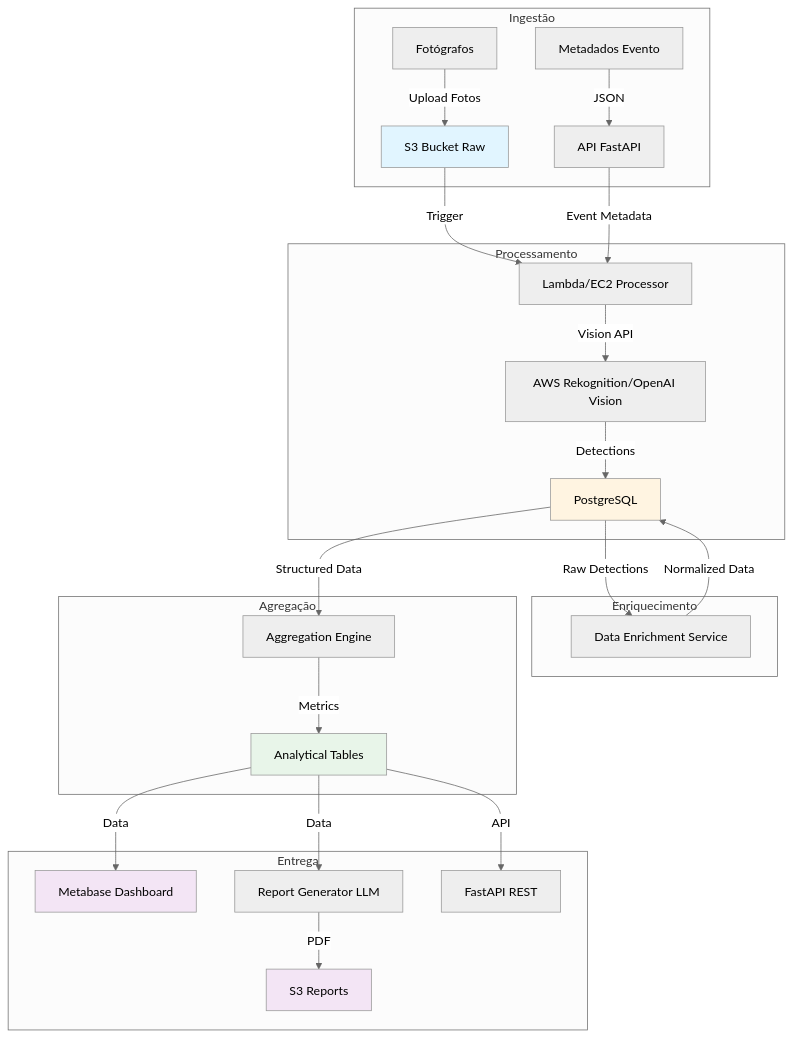
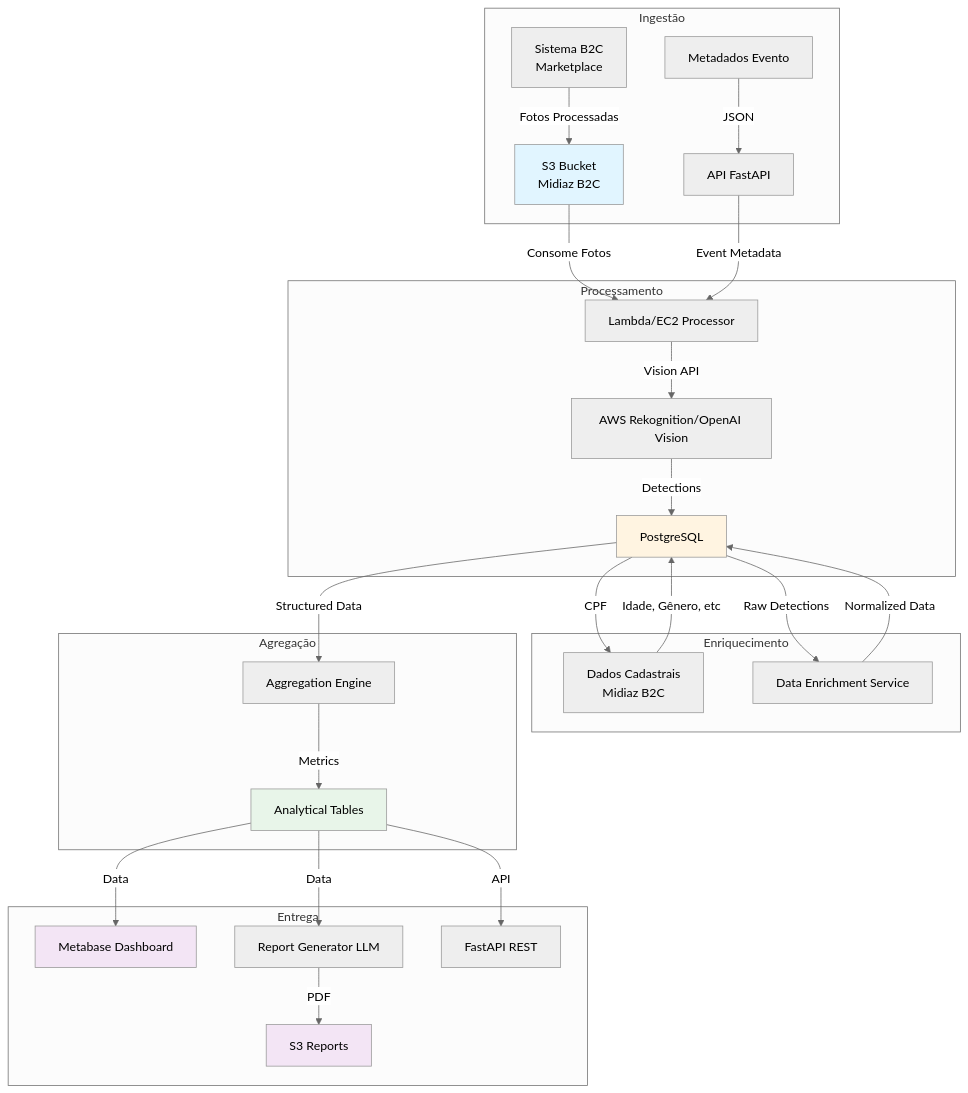
One commit to rafaelaleao5/midiaz-top4 changed the first of 5 diagrams in docs/event_brand_report_technical_plan.md. Above: the diagram before and after it, drawn with Mermaid (neutral theme). The commit also changed other lines of this file, not shown here.

````diff
--- a/docs/event_brand_report_technical_plan.md
+++ b/docs/event_brand_report_technical_plan.md
@@ -118,37 +122,39 @@
 ```mermaid
 graph TB
     subgraph "Ingestão"
-        A[Fotógrafos] -->|Upload Fotos| B[S3 Bucket Raw]
+        A[Sistema B2C<br/>Marketplace] -->|Fotos Processadas| B[S3 Bucket<br/>Midiaz B2C]
         C[Metadados Evento] -->|JSON| D[API FastAPI]
     end
     
     subgraph "Processamento"
-        B -->|Trigger| E[Lambda/EC2 Processor]
+        B -->|Consome Fotos| E[Lambda/EC2 Processor]
         D -->|Event Metadata| E
         E -->|Vision API| F[AWS Rekognition/OpenAI Vision]
         F -->|Detections| G[PostgreSQL]
     end
     
     subgraph "Enriquecimento"
-        G -->|Raw Detections| H[Data Enrichment Service]
-        H -->|Normalized Data| G
+        G -->|CPF| I[Dados Cadastrais<br/>Midiaz B2C]
+        I -->|Idade, Gênero, etc| G
+        G -->|Raw Detections| J[Data Enrichment Service]
+        J -->|Normalized Data| G
     end
     
     subgraph "Agregação"
-        G -->|Structured Data| I[Aggregation Engine]
-        I -->|Metrics| J[Analytical Tables]
+        G -->|Structured Data| K[Aggregation Engine]
+        K -->|Metrics| L[Analytical Tables]
     end
     
     subgraph "Entrega"
-        J -->|Data| K[Metabase Dashboard]
-        J -->|Data| L[Report Generator LLM]
-        L -->|PDF| M[S3 Reports]
-        J -->|API| N[FastAPI REST]
+        L -->|Data| M[Metabase Dashboard]
+        L -->|Data| N[Report Generator LLM]
+        N -->|PDF| O[S3 Reports]
+        L -->|API| P[FastAPI REST]
     end
     
     style B fill:#e1f5ff
     style G fill:#fff4e1
-    style J fill:#e8f5e9
-    style K fill:#f3e5f5
+    style L fill:#e8f5e9
     style M fill:#f3e5f5
+    style O fill:#f3e5f5
 ```
````
